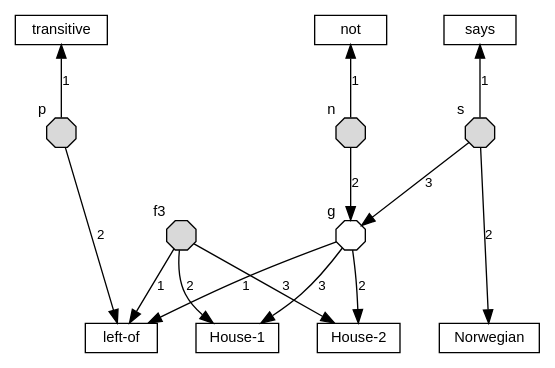
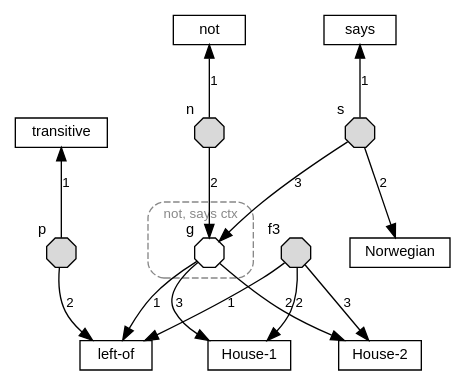
The diagram in docs/ein/reasoning/01-static-ir/diagrams/01-what-an-arrow-points-at.dot (agutikov/ein), drawn with Graphviz before and after one commit. The commit also changed 32 other files, not shown here.

```diff
--- a/docs/ein/reasoning/01-static-ir/diagrams/01-what-an-arrow-points-at.dot
+++ b/docs/ein/reasoning/01-static-ir/diagrams/01-what-an-arrow-points-at.dot
@@ -1,26 +1,23 @@
 digraph what_an_arrow_points_at {
-  rankdir=TB; nodesep=0.4; ranksep=0.6;
+  rankdir=TB; nodesep=0.4; ranksep=0.6; forcelabels=true;
   node [shape=box, fontname="Helvetica", fontsize=11, height=0.3];
   edge [fontname="Helvetica", fontsize=10];
-  { rank=min; "transitive"; "not"; "says"; }
-  "left-of";
-  { rank=max; "House-1"; "House-2"; "Norwegian"; }
-  node [shape=octagon, label="", width=0.3, height=0.3, fixedsize=true, style=filled, fillcolor="#d9d9d9"];
-  f3 [xlabel="f3"]; p [xlabel="p"]; n [xlabel="n"]; s [xlabel="s"];
-  g [xlabel="g", style=solid];
-  { rank=same; p; n; s; }
-  { rank=same; f3; g; }
-  p -> "transitive" [label="1"];
+  "transitive"; "not"; "says"; "left-of";
+  p [shape=octagon, label="", width=0.3, height=0.3, fixedsize=true, style=filled, fillcolor="#d9d9d9", xlabel="p"]; n [shape=octagon, label="", width=0.3, height=0.3, fixedsize=true, style=filled, fillcolor="#d9d9d9", xlabel="n"]; s [shape=octagon, label="", width=0.3, height=0.3, fixedsize=true, style=filled, fillcolor="#d9d9d9", xlabel="s"]; f3 [shape=octagon, label="", width=0.3, height=0.3, fixedsize=true, style=filled, fillcolor="#d9d9d9", xlabel="f3"];
+  subgraph cluster_ctx_not_says { label="not, says ctx"; labeljust=l; fontname="Helvetica"; fontsize=10; fontcolor="#888888"; style="dashed,rounded"; color="#888888";
+    g [shape=octagon, label="", width=0.3, height=0.3, fixedsize=true, style=solid, xlabel="g"];
+  }
+  "transitive" -> p [label="1", dir=back];
   p -> "left-of" [label="2"];
-  n -> "not" [label="1"];
+  "not" -> n [label="1", dir=back];
   n -> g [label="2"];
-  s -> "says" [label="1"];
+  "says" -> s [label="1", dir=back];
   s -> "Norwegian" [label="2"];
   s -> g [label="3"];
   f3 -> "left-of" [label="1"];
   f3 -> "House-1" [label="2"];
   f3 -> "House-2" [label="3"];
   g -> "left-of" [label="1"];
   g -> "House-2" [label="2"];
   g -> "House-1" [label="3"];
 }
```
